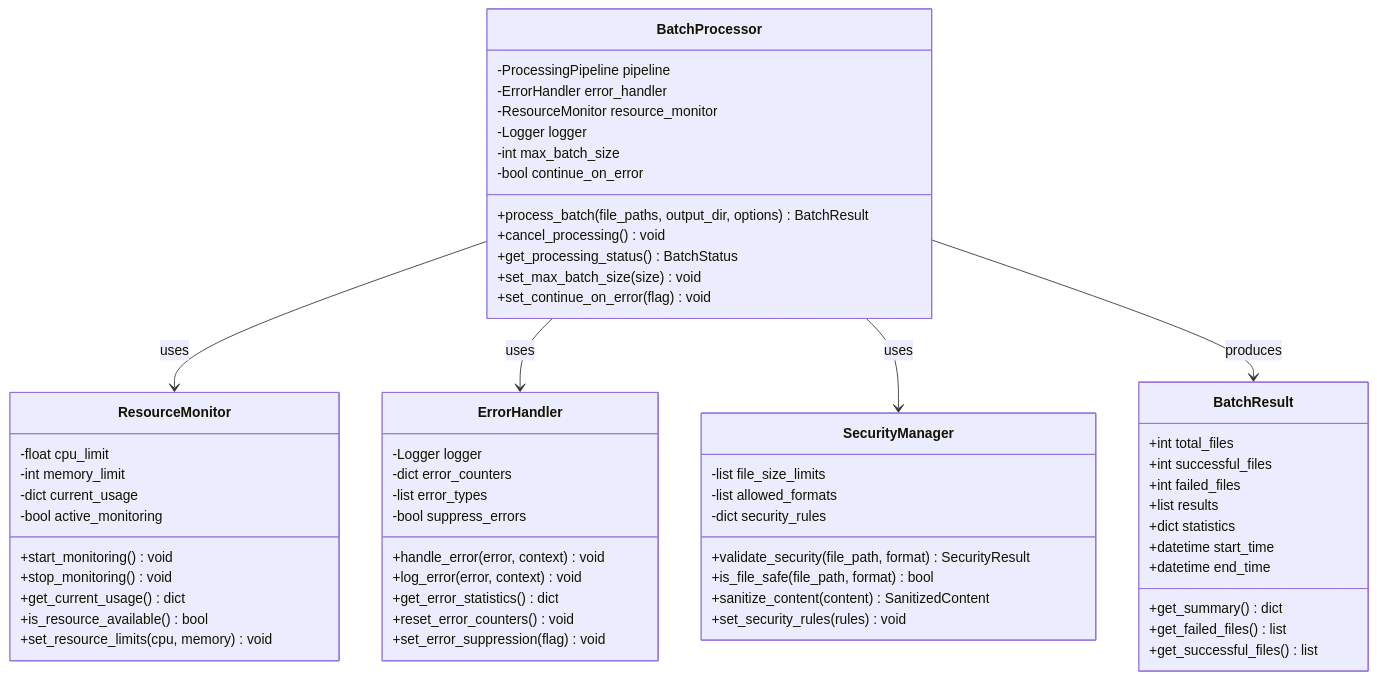
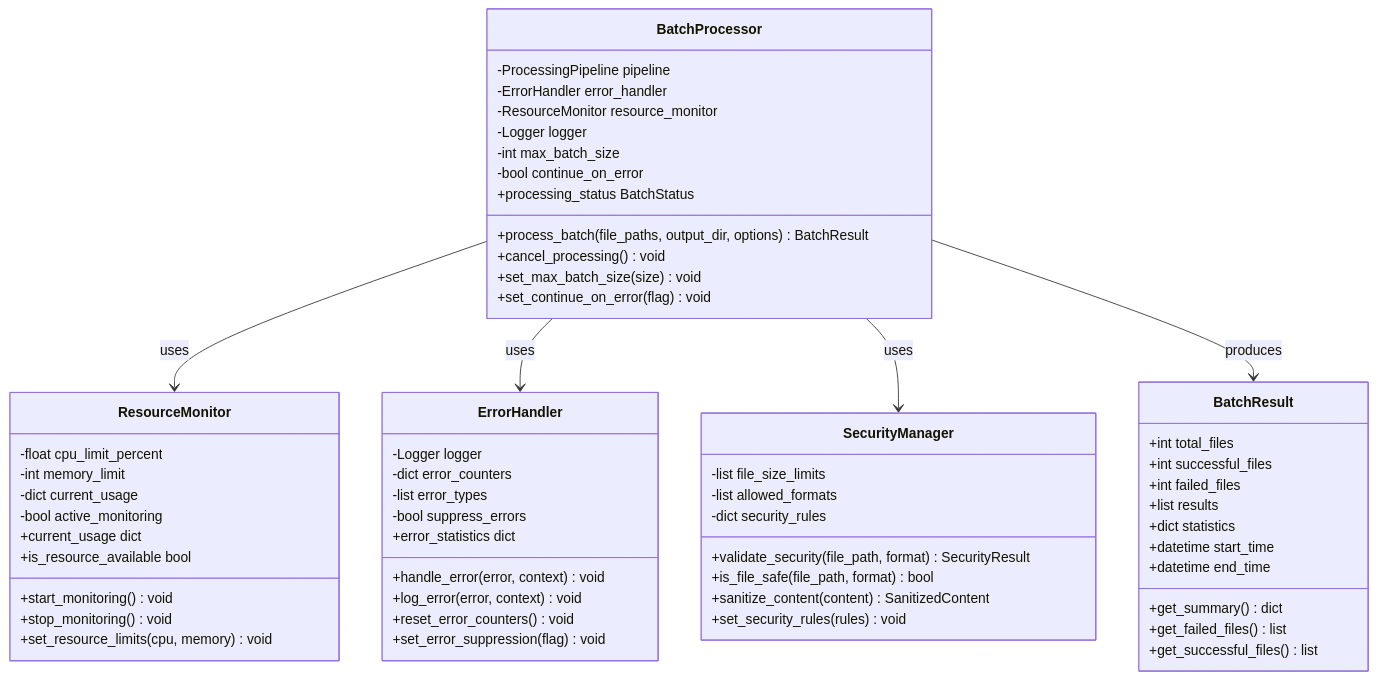
One commit to endomorphosis/omni_converter_mk2 changed the fourth of 6 diagrams in SAD.md. Above: the diagram before and after it, drawn with Mermaid. The commit also changed other lines of this file and 92 other files, not shown here.

````diff
--- a/SAD.md
+++ b/SAD.md
@@ -266,68 +266,68 @@
 ```mermaid
 classDiagram
     class BatchProcessor {
         -ProcessingPipeline pipeline
         -ErrorHandler error_handler
         -ResourceMonitor resource_monitor
         -Logger logger
         -int max_batch_size
         -bool continue_on_error
         +process_batch(file_paths, output_dir, options) BatchResult
         +cancel_processing() void
-        +get_processing_status() BatchStatus
+        +processing_status BatchStatus
         +set_max_batch_size(size) void
         +set_continue_on_error(flag) void
     }
 
     class ResourceMonitor {
-        -float cpu_limit
+        -float cpu_limit_percent
         -int memory_limit
         -dict current_usage
         -bool active_monitoring
         +start_monitoring() void
         +stop_monitoring() void
-        +get_current_usage() dict
-        +is_resource_available() bool
+        +current_usage dict
+        +is_resource_available bool
         +set_resource_limits(cpu, memory) void
     }
 
     class ErrorHandler {
         -Logger logger
         -dict error_counters
         -list error_types
         -bool suppress_errors
         +handle_error(error, context) void
         +log_error(error, context) void
-        +get_error_statistics() dict
+        +error_statistics dict
         +reset_error_counters() void
         +set_error_suppression(flag) void
     }
 
     class SecurityManager {
         -list file_size_limits
         -list allowed_formats
         -dict security_rules
         +validate_security(file_path, format) SecurityResult
         +is_file_safe(file_path, format) bool
         +sanitize_content(content) SanitizedContent
         +set_security_rules(rules) void
     }
 
     class BatchResult {
         +int total_files
         +int successful_files
         +int failed_files
         +list results
         +dict statistics
         +datetime start_time
         +datetime end_time
         +get_summary() dict
         +get_failed_files() list
         +get_successful_files() list
     }
 
     BatchProcessor --> ResourceMonitor : uses
     BatchProcessor --> ErrorHandler : uses
     BatchProcessor --> SecurityManager : uses
     BatchProcessor --> BatchResult : produces
 ```
````
